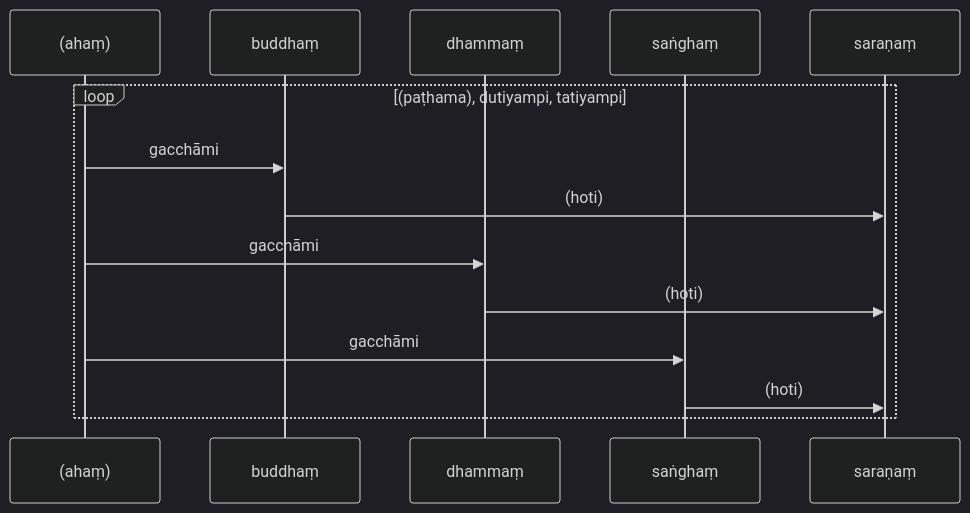
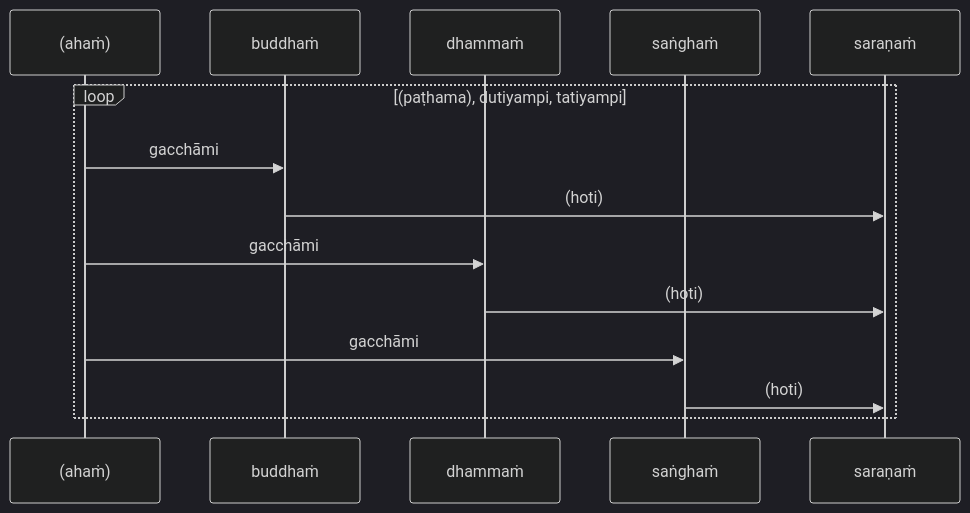
Before and after one commit to ChristineTham/buddhavacana: the seventh of 8 diagrams in src/content/docs/Pali Textbook/1-basics.md, drawn with Mermaid (dark theme). The commit also changed other lines of this file and 52 other files, not shown here.

````diff
--- a/src/content/docs/Pali Textbook/1-basics.md
+++ b/src/content/docs/Pali Textbook/1-basics.md
@@ -2596,15 +2607,15 @@
 ```mermaid
 sequenceDiagram
-participant ahaṃ as (ahaṃ)
-participant buddhaṃ
-participant dhammaṃ
-participant saṅghaṃ
+participant ahaṁ as (ahaṁ)
+participant buddhaṁ
+participant dhammaṁ
+participant saṅghaṁ
   loop (paṭhama), dutiyampi, tatiyampi
-    ahaṃ ->> buddhaṃ : gacchāmi
-    buddhaṃ ->> saraṇaṃ : (hoti)
-    ahaṃ ->> dhammaṃ : gacchāmi
-    dhammaṃ ->> saraṇaṃ : (hoti)
-    ahaṃ ->> saṅghaṃ : gacchāmi
-    saṅghaṃ ->> saraṇaṃ : (hoti)
+    ahaṁ ->> buddhaṁ : gacchāmi
+    buddhaṁ ->> saraṇaṁ : (hoti)
+    ahaṁ ->> dhammaṁ : gacchāmi
+    dhammaṁ ->> saraṇaṁ : (hoti)
+    ahaṁ ->> saṅghaṁ : gacchāmi
+    saṅghaṁ ->> saraṇaṁ : (hoti)
   end
 ```
````
